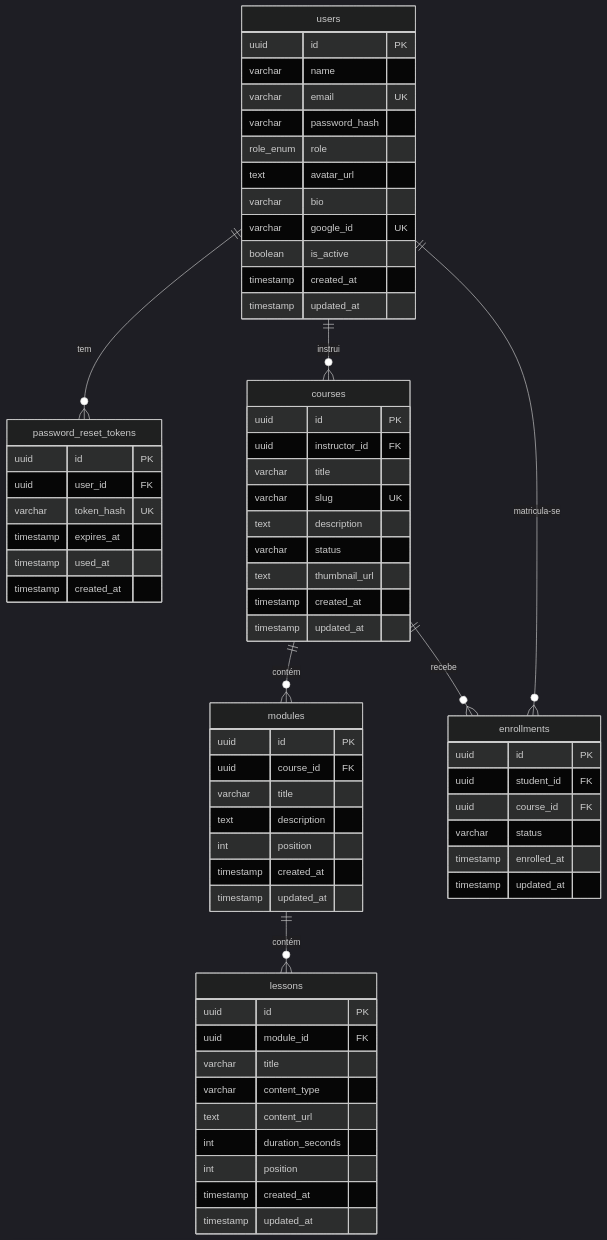
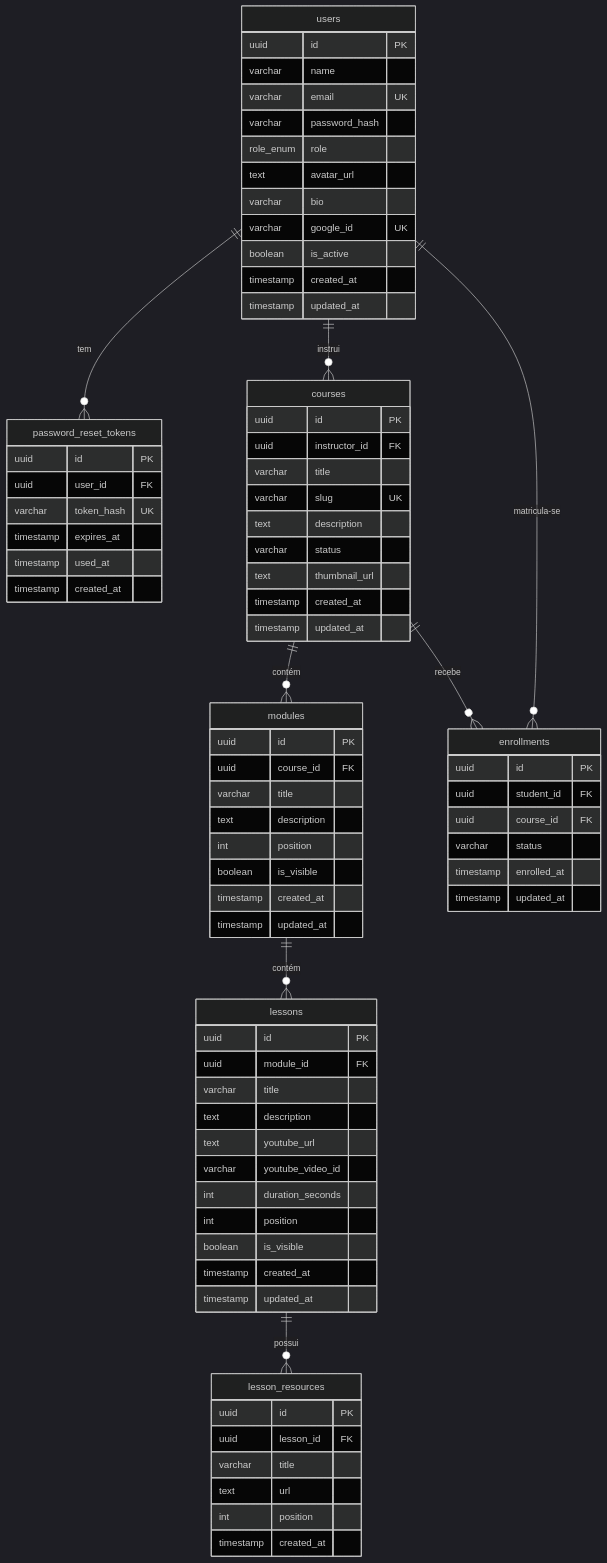
Before and after one commit to leandrokanis/open-class: the fourth of 4 diagrams in docs/architecture/c4.md, drawn with Mermaid (dark theme). The commit also changed other lines of this file and 40 other files, not shown here.

First line of the commit message:
feat: lessons & modules API — YouTube validation, auto-duration, resources, reorder

````diff
--- a/docs/architecture/c4.md
+++ b/docs/architecture/c4.md
@@ -158,6 +174,7 @@
     varchar title
     text description
     int position
+    boolean is_visible
     timestamp created_at
     timestamp updated_at
   }
@@ -166,12 +183,23 @@
     uuid id PK
     uuid module_id FK
     varchar title
-    varchar content_type
-    text content_url
+    text description
+    text youtube_url
+    varchar youtube_video_id
     int duration_seconds
     int position
+    boolean is_visible
     timestamp created_at
     timestamp updated_at
+  }
+
+  lesson_resources {
+    uuid id PK
+    uuid lesson_id FK
+    varchar title
+    text url
+    int position
+    timestamp created_at
   }
 
   enrollments {
@@ -189,4 +217,5 @@
   courses ||--o{ modules : "contém"
   courses ||--o{ enrollments : "recebe"
   modules ||--o{ lessons : "contém"
+  lessons ||--o{ lesson_resources : "possui"
 ```
````
